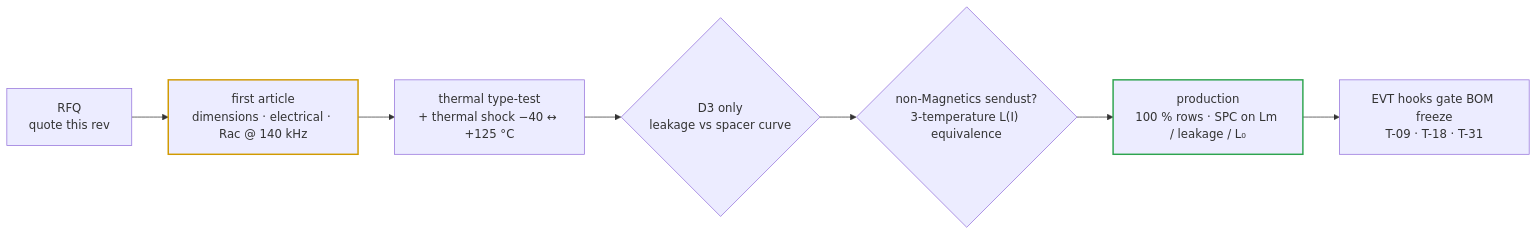
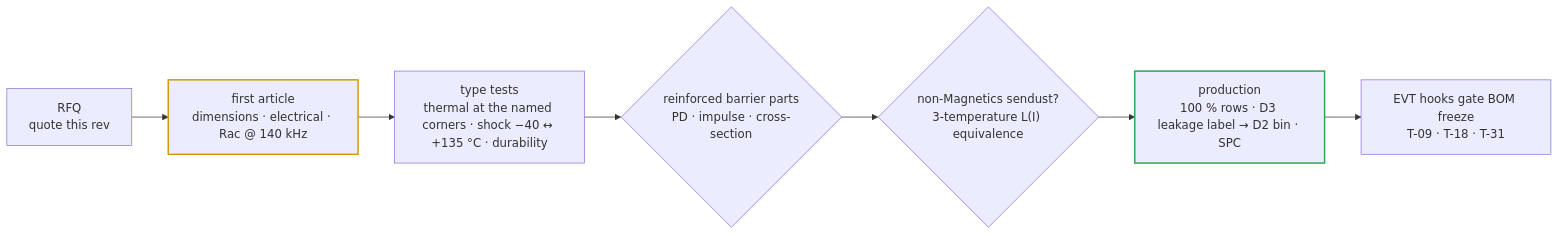
One commit to vectivolt/DC-Modules changed the diagram in docs/magnetics-manufacturing-pack.md. Above: the diagram before and after it, drawn with Mermaid. The commit also changed other lines of this file and 41 other files, not shown here.

````diff
--- a/docs/magnetics-manufacturing-pack.md
+++ b/docs/magnetics-manufacturing-pack.md
@@ -58,11 +61,11 @@
 ```mermaid
 flowchart LR
   Q["RFQ<br/>quote this rev"] --> FA["first article<br/>dimensions · electrical · Rac @ 140 kHz"]
-  FA --> TS["thermal type-test<br/>+ thermal shock −40 ↔ +125 °C"]
-  TS --> LK{"D3 only<br/>leakage vs spacer curve"}
-  LK --> EQ{"non-Magnetics sendust?<br/>3-temperature L(I) equivalence"}
-  EQ --> PROD["production<br/>100 % rows · SPC on Lm / leakage / L₀"]
+  FA --> TS["type tests<br/>thermal at the named corners · shock −40 ↔ +135 °C · durability"]
+  TS --> BAR{"reinforced barrier parts<br/>PD · impulse · cross-section"}
+  BAR --> EQ{"non-Magnetics sendust?<br/>3-temperature L(I) equivalence"}
+  EQ --> PROD["production<br/>100 % rows · D3 leakage label → D2 bin · SPC"]
   PROD --> EVT["EVT hooks gate BOM freeze<br/>T-09 · T-18 · T-31"]
   style FA stroke:#d19a00,stroke-width:2px
   style PROD stroke:#2ea44f,stroke-width:2px
 ```
````
